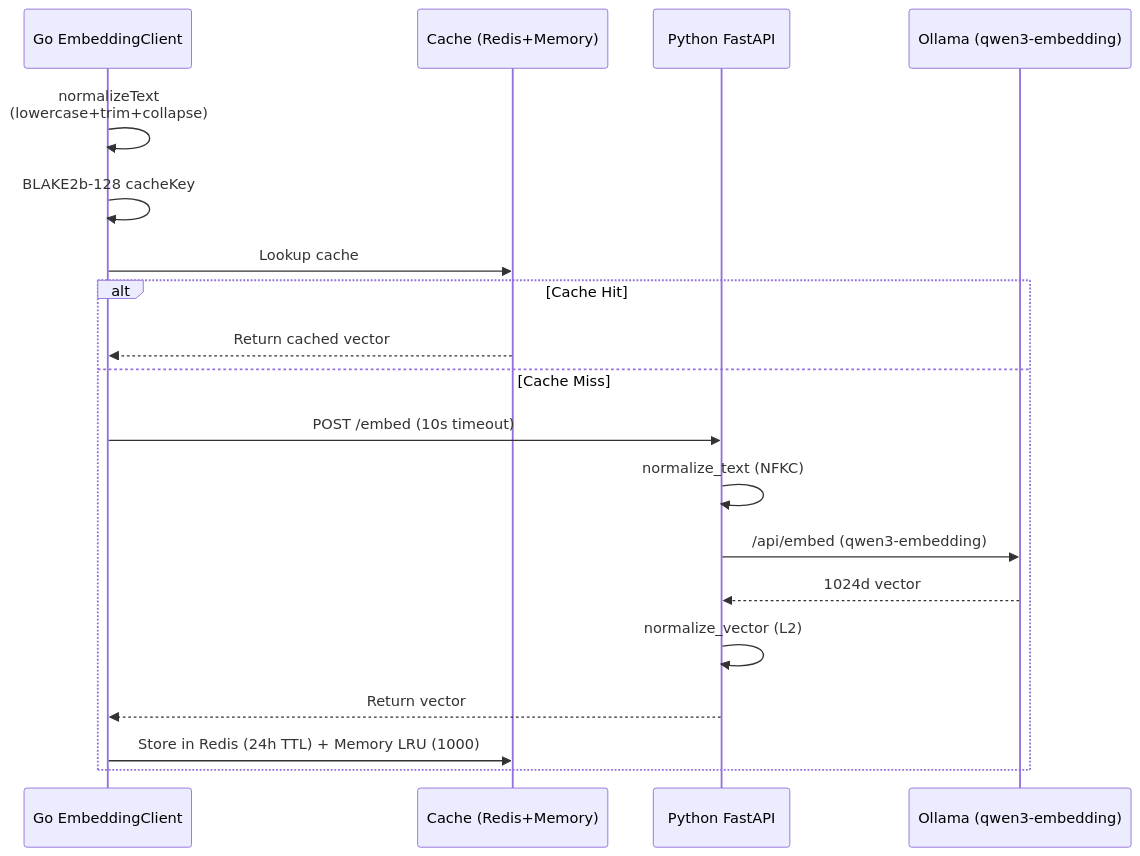
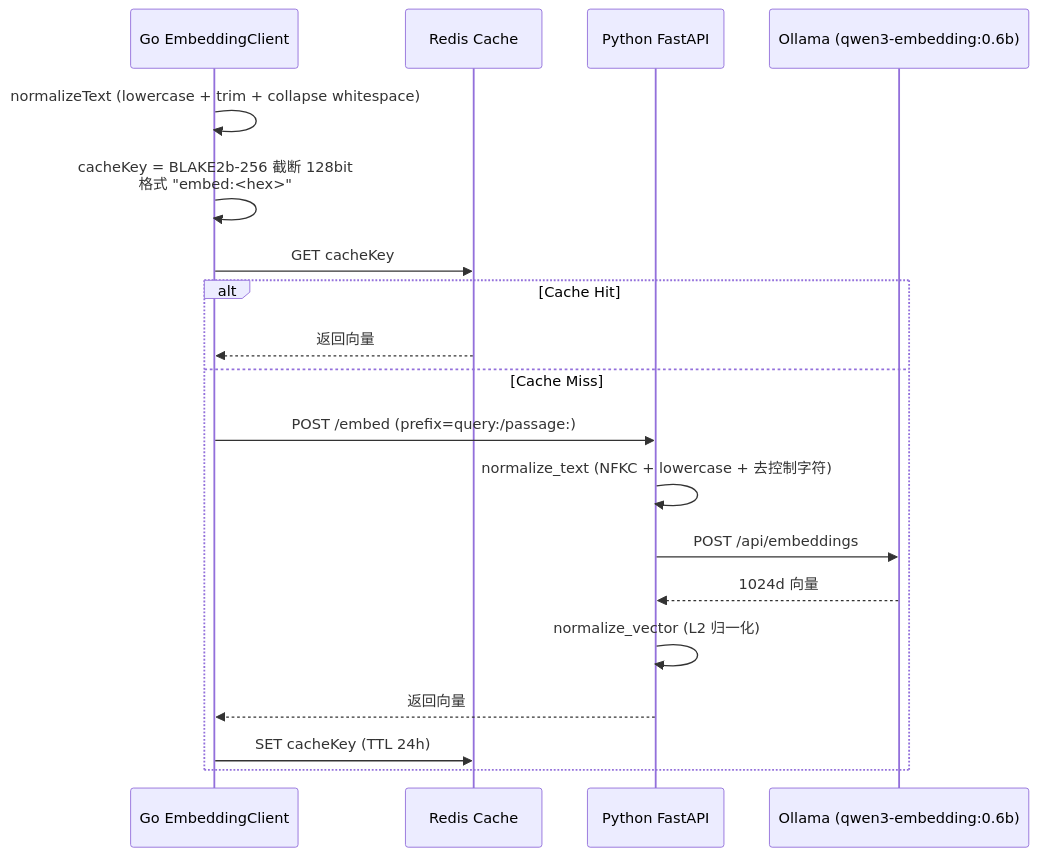
One commit to Timwood0x10/ARES changed the first of 3 diagrams in docs/articles/zh/10-retrieval-system-deep-dive.md. Above: the diagram before and after it, drawn with Mermaid. The commit also changed other lines of this file and 2423 other files, not shown here.

````diff
--- a/docs/articles/zh/10-retrieval-system-deep-dive.md
+++ b/docs/articles/zh/10-retrieval-system-deep-dive.md
@@ -169,22 +54,22 @@
 ```mermaid
 sequenceDiagram
     participant G as Go EmbeddingClient
-    participant C as Cache (Redis+Memory)
+    participant R as Redis Cache
     participant P as Python FastAPI
-    participant O as Ollama (qwen3-embedding)
+    participant O as Ollama (qwen3-embedding:0.6b)
 
-    G->>G: normalizeText<br/>(lowercase+trim+collapse)
-    G->>G: BLAKE2b-128 cacheKey
-    G->>C: Lookup cache
+    G->>G: normalizeText (lowercase + trim + collapse whitespace)
+    G->>G: cacheKey = BLAKE2b-256 截断 128bit<br/>格式 "embed:<hex>"
+    G->>R: GET cacheKey
     alt Cache Hit
-        C-->>G: Return cached vector
+        R-->>G: 返回向量
     else Cache Miss
-        G->>P: POST /embed (10s timeout)
-        P->>P: normalize_text (NFKC)
-        P->>O: /api/embed (qwen3-embedding)
-        O-->>P: 1024d vector
-        P->>P: normalize_vector (L2)
-        P-->>G: Return vector
-        G->>C: Store in Redis (24h TTL) + Memory LRU (1000)
+        G->>P: POST /embed (prefix=query:/passage:)
+        P->>P: normalize_text (NFKC + lowercase + 去控制字符)
+        P->>O: POST /api/embeddings
+        O-->>P: 1024d 向量
+        P->>P: normalize_vector (L2 归一化)
+        P-->>G: 返回向量
+        G->>R: SET cacheKey (TTL 24h)
     end
 ```
````
